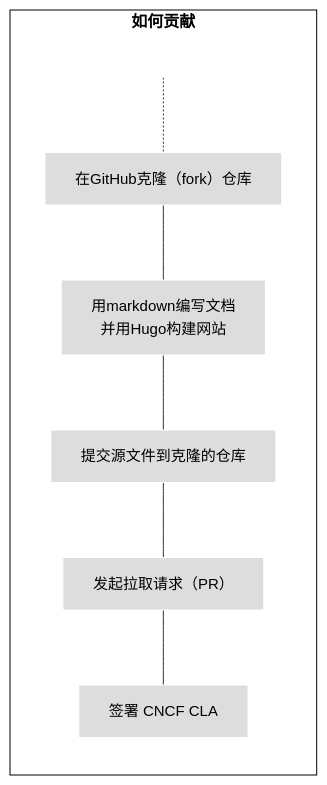
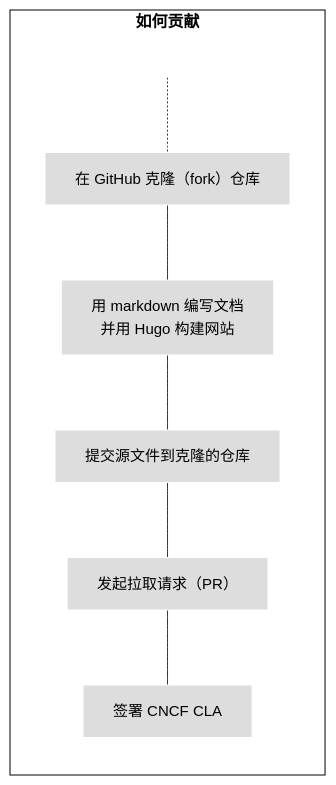
Before and after one commit to open-telemetry/opentelemetry.io: the first of 4 diagrams in content/zh/docs/contributing/_index.md, drawn with Mermaid. The commit also changed other lines of this file, not shown here.

````diff
--- a/content/zh/docs/contributing/_index.md
+++ b/content/zh/docs/contributing/_index.md
@@ -38,18 +38,18 @@
 ```mermaid
 flowchart LR
     subgraph first[如何贡献]
     direction TB
        T[ ] -.-
-       B[在GitHub克隆（fork）仓库] --- C[用markdown编写文档<br>并用Hugo构建网站]
+       B[在 GitHub 克隆（fork）仓库] --- C[用 markdown 编写文档<br>并用 Hugo 构建网站]
        C --- D[提交源文件到克隆的仓库]
        D --- E[发起拉取请求（PR）]
        E --- F[签署 CNCF CLA]
     end
 
 classDef grey fill:#dddddd,stroke:#ffffff,stroke-width:px,color:#000000, font-size:15px;
 classDef white fill:#ffffff,stroke:#000,stroke-width:px,color:#000,font-weight:bold
 classDef spacewhite fill:#ffffff,stroke:#fff,stroke-width:0px,color:#000
 class A,B,C,D,E,F,G,H grey
 class S,T spacewhite
 class first,second white
 ```
````
